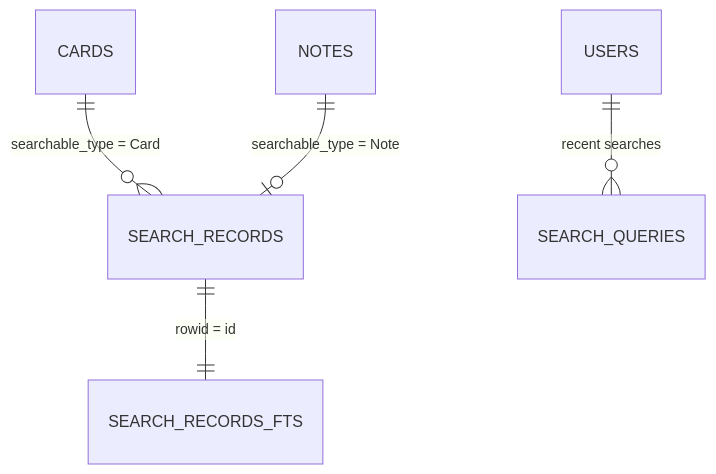
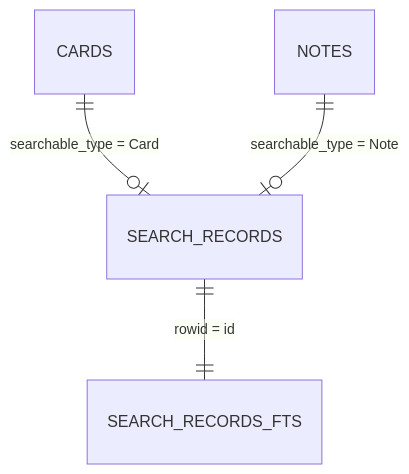
Before and after one commit to nexusaicodes/mudda: the fifth of 5 diagrams in ERD.md, drawn with Mermaid. The commit also changed other lines of this file and 95 other files, not shown here.

````diff
--- a/ERD.md
+++ b/ERD.md
@@ -329,7 +325,6 @@
 ```mermaid
 erDiagram
-    CARDS ||--o{ SEARCH_RECORDS : "searchable_type = Card"
+    CARDS ||--o| SEARCH_RECORDS : "searchable_type = Card"
     NOTES ||--o| SEARCH_RECORDS : "searchable_type = Note"
     SEARCH_RECORDS ||--|| SEARCH_RECORDS_FTS : "rowid = id"
-    USERS ||--o{ SEARCH_QUERIES : "recent searches"
 ```
````
